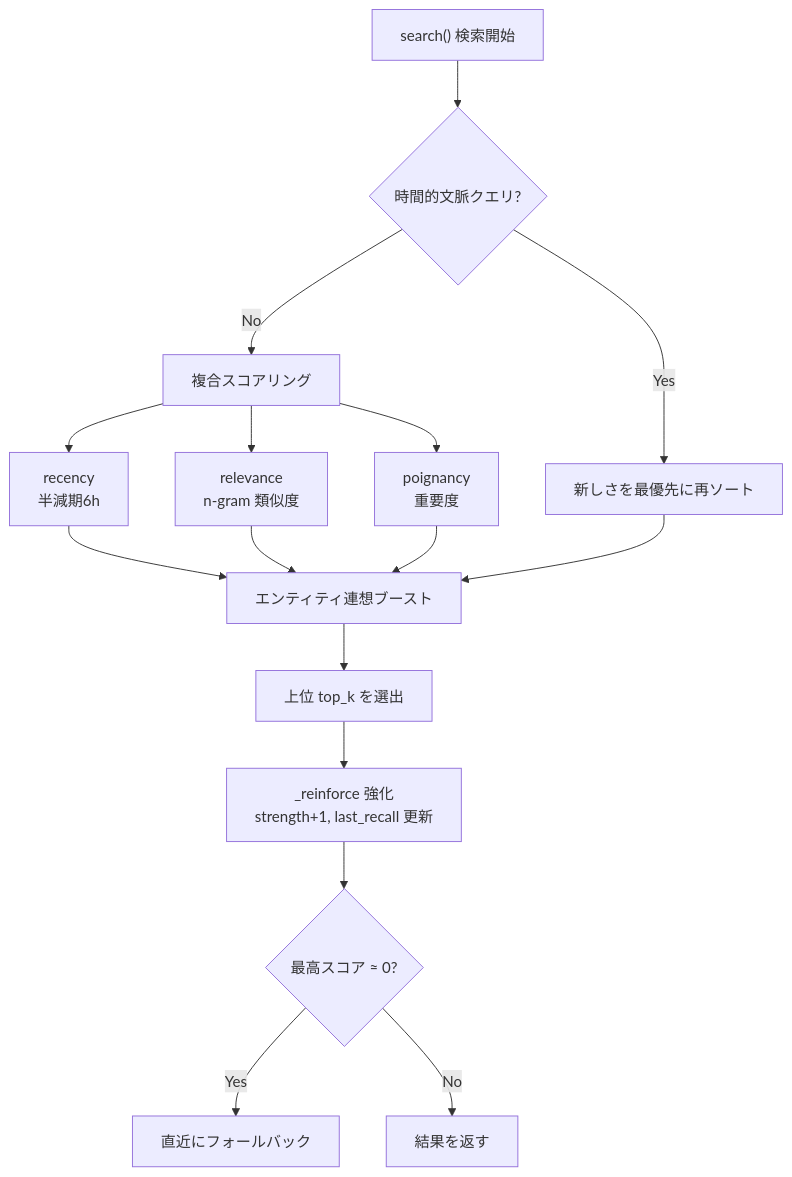
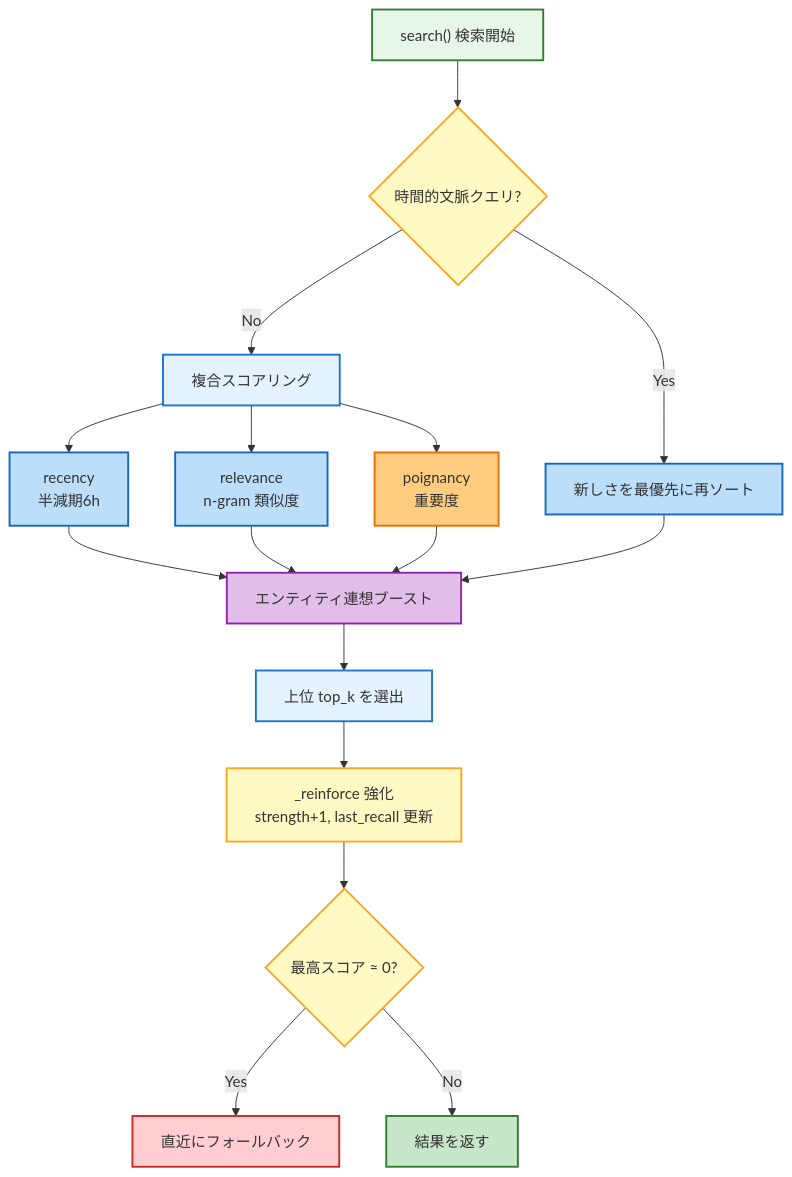
One commit to kuroron000234/Project-Lucina changed the second of 4 diagrams in README.md. Above: the diagram before and after it, drawn with Mermaid. The commit also changed other lines of this file, not shown here.

Commit message:
Add color coding to all diagrams for readability

````diff
--- a/README.md
+++ b/README.md
@@ -71,18 +84,32 @@
 ```mermaid
 flowchart TD
     A["search() 検索開始"] --> B{"時間的文脈クエリ?"}
     B -- "Yes" --> C["新しさを最優先に再ソート"]
     B -- "No" --> D["複合スコアリング"]
     D --> E["recency<br/>半減期6h"]
     D --> F["relevance<br/>n-gram 類似度"]
     D --> G["poignancy<br/>重要度"]
     E --> H["エンティティ連想ブースト"]
     F --> H
     G --> H
     C --> H
     H --> I["上位 top_k を選出"]
     I --> J["_reinforce 強化<br/>strength+1, last_recall 更新"]
     J --> K{"最高スコア ≈ 0?"}
     K -- "Yes" --> L["直近にフォールバック"]
     K -- "No" --> M["結果を返す"]
+
+    style A fill:#e8f5e9,stroke:#2e7d32,stroke-width:2px
+    style B fill:#fff9c4,stroke:#f9a825,stroke-width:2px
+    style C fill:#bbdefb,stroke:#1565c0,stroke-width:2px
+    style D fill:#e3f2fd,stroke:#1976d2,stroke-width:2px
+    style E fill:#bbdefb,stroke:#1565c0,stroke-width:2px
+    style F fill:#bbdefb,stroke:#1565c0,stroke-width:2px
+    style G fill:#ffcc80,stroke:#ef6c00,stroke-width:2px
+    style H fill:#e1bee7,stroke:#8e24aa,stroke-width:2px
+    style I fill:#e3f2fd,stroke:#1976d2,stroke-width:2px
+    style J fill:#fff9c4,stroke:#f9a825,stroke-width:2px
+    style K fill:#fff9c4,stroke:#f9a825,stroke-width:2px
+    style L fill:#ffcdd2,stroke:#c62828,stroke-width:2px
+    style M fill:#c8e6c9,stroke:#2e7d32,stroke-width:2px
 ```
````
